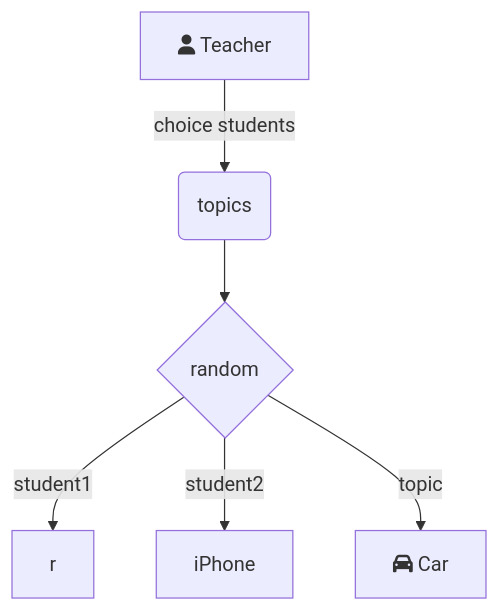
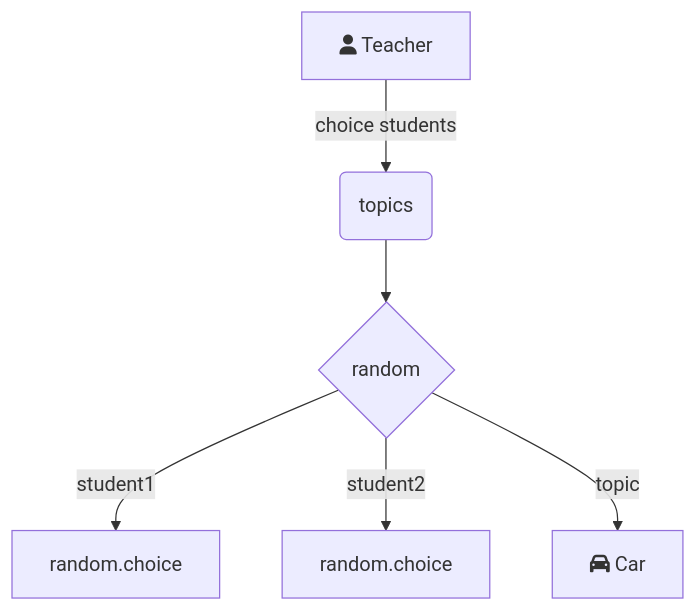
One commit to CharlieTD/iodraw-files changed the diagram in all/未命名-2.md. Above: the diagram before and after it, drawn with Mermaid.

Commit message:
2024-07-15 22:41:27 update

````diff
--- a/all/未命名-2.md
+++ b/all/未命名-2.md
@@ -1,8 +1,8 @@
 ```mermaid
 graph TD
     A[fa:fa-user Teacher] -->|choice students| B(topics)
     B --> C{random}
-    C -->|student1| D[r]
-    C -->|student2| E[iPhone]
+    C -->|student1| D[random.choice]
+    C -->|student2| E[random.choice]
     C -->|topic| F[fa:fa-car Car]
 ```
````
